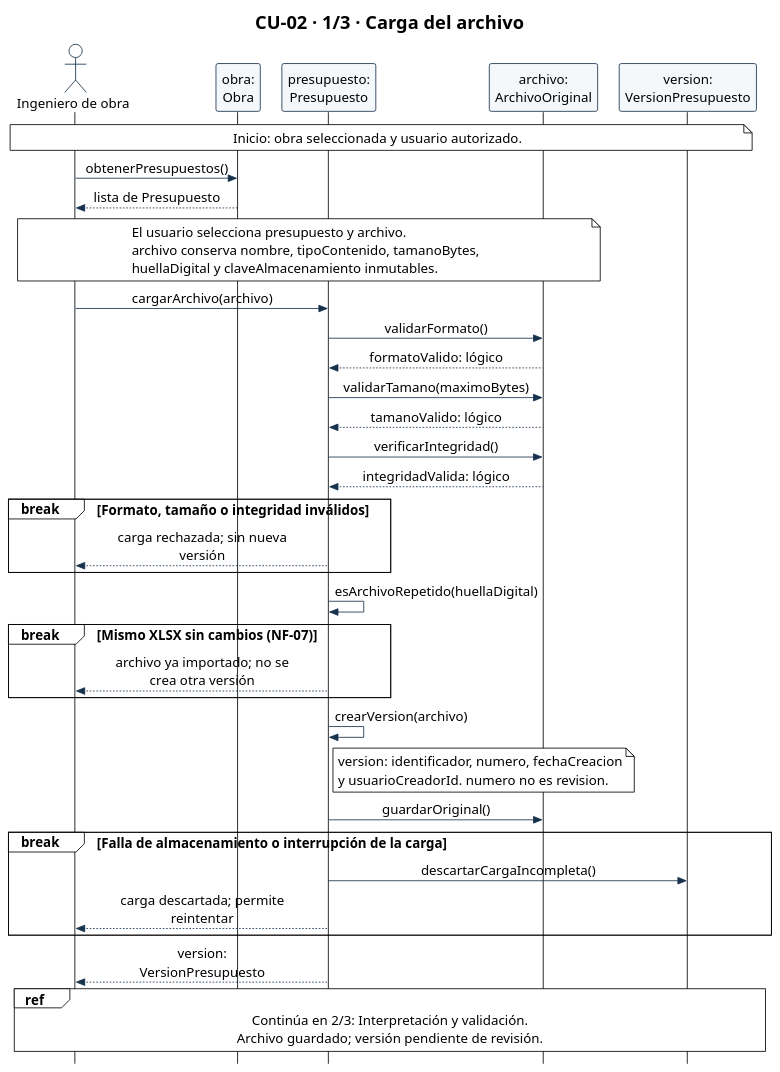
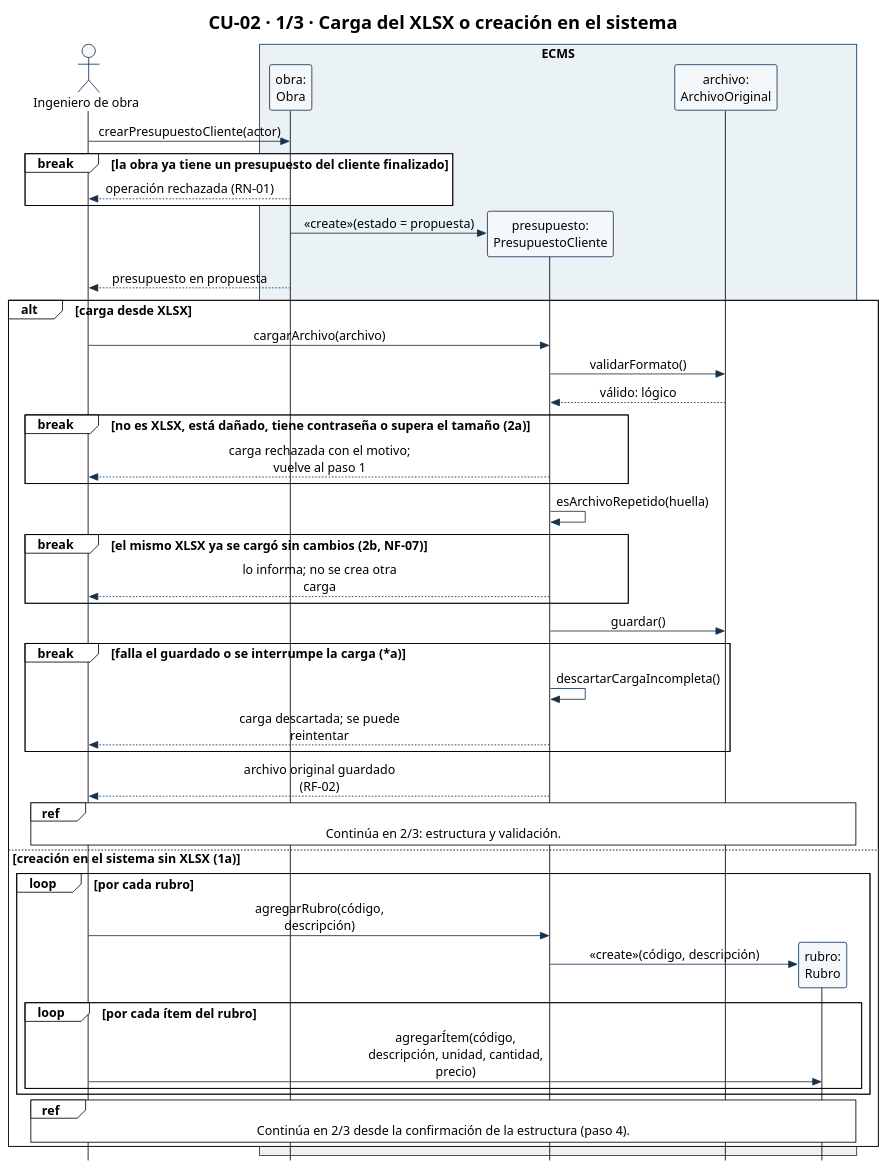
Before and after one commit to Ssrrb/tpf-uca: the diagram in diagramas/CU-02-secuencia-1-carga.puml, drawn with PlantUML. The commit also changed 61 other files, not shown here.

First line of the commit message:
Regenera los diagramas para la v8 del Modelo de Análisis

```diff
--- a/diagramas/CU-02-secuencia-1-carga.puml
+++ b/diagramas/CU-02-secuencia-1-carga.puml
@@ -1,66 +1,72 @@
 @startuml
 !theme plain
 skinparam style strictuml
 skinparam shadowing false
 skinparam defaultFontName Arial
-skinparam defaultFontSize 16
+skinparam defaultFontSize 15
 skinparam sequenceMessageAlign center
-skinparam maxMessageSize 210
+skinparam maxMessageSize 220
 skinparam ParticipantPadding 8
+skinparam BoxPadding 6
 skinparam ParticipantBackgroundColor #F5F8FA
 skinparam ParticipantBorderColor #17324D
 skinparam ActorBorderColor #17324D
+skinparam ActorBackgroundColor #F5F8FA
 skinparam ArrowColor #17324D
+skinparam SequenceBoxBorderColor #17324D
+skinparam note {
+  BackgroundColor #FFFFFF
+  BorderColor #17324D
+}
 hide footbox
-title CU-02 · 1/3 · Carga del archivo
-actor "Ingeniero de obra" as Usuario
+title CU-02 · 1/3 · Carga del XLSX o creación en el sistema
+actor "Ingeniero de obra" as Ing
+box "ECMS" #EAF2F6
 participant "obra:\nObra" as Obra
-participant "presupuesto:\nPresupuesto" as Presupuesto
-participant "archivo:\nArchivoOriginal" as Archivo
-participant "version:\nVersionPresupuesto" as Version
-note over Usuario, Version
-  Inicio: obra seleccionada y usuario autorizado.
-end note
+participant "presupuesto:\nPresupuestoCliente" as Pres
+participant "archivo:\nArchivoOriginal" as Arch
+participant "rubro:\nRubro" as Rubro
+end box
 
-Usuario -> Obra: obtenerPresupuestos()
-Obra --> Usuario: lista de Presupuesto
-note over Usuario, Archivo
-  El usuario selecciona presupuesto y archivo.
-  archivo conserva nombre, tipoContenido, tamanoBytes,
-  huellaDigital y claveAlmacenamiento inmutables.
-end note
-Usuario -> Presupuesto: cargarArchivo(archivo)
-Presupuesto -> Archivo: validarFormato()
-Archivo --> Presupuesto: formatoValido: lógico
-Presupuesto -> Archivo: validarTamano(maximoBytes)
-Archivo --> Presupuesto: tamanoValido: lógico
-Presupuesto -> Archivo: verificarIntegridad()
-Archivo --> Presupuesto: integridadValida: lógico
+Ing -> Obra: crearPresupuestoCliente(actor)
+break la obra ya tiene un presupuesto del cliente finalizado
+  Obra --> Ing: operación rechazada (RN-01)
+end
+create Pres
+Obra -> Pres: «create»(estado = propuesta)
+Obra --> Ing: presupuesto en propuesta
 
-break Formato, tamaño o integridad inválidos
-  Presupuesto --> Usuario: carga rechazada; sin nueva versión
+alt carga desde XLSX
+  Ing -> Pres: cargarArchivo(archivo)
+  Pres -> Arch: validarFormato()
+  Arch --> Pres: válido: lógico
+  break no es XLSX, está dañado, tiene contraseña o supera el tamaño (2a)
+    Pres --> Ing: carga rechazada con el motivo; vuelve al paso 1
+  end
+  Pres -> Pres: esArchivoRepetido(huella)
+  break el mismo XLSX ya se cargó sin cambios (2b, NF-07)
+    Pres --> Ing: lo informa; no se crea otra carga
+  end
+  Pres -> Arch: guardar()
+  break falla el guardado o se interrumpe la carga (*a)
+    Pres -> Pres: descartarCargaIncompleta()
+    Pres --> Ing: carga descartada; se puede reintentar
+  end
+  Pres --> Ing: archivo original guardado (RF-02)
+  ref over Ing, Rubro
+    Continúa en 2/3: estructura y validación.
+  end ref
+else creación en el sistema sin XLSX (1a)
+  loop por cada rubro
+    Ing -> Pres: agregarRubro(código, descripción)
+    create Rubro
+    Pres -> Rubro: «create»(código, descripción)
+    loop por cada ítem del rubro
+      Ing -> Rubro: agregarÍtem(código, descripción, unidad, cantidad, precio)
+    end
+  end
+  ref over Ing, Rubro
+    Continúa en 2/3 desde la confirmación de la estructura (paso 4).
+  end ref
 end
-
-Presupuesto -> Presupuesto: esArchivoRepetido(huellaDigital)
-break Mismo XLSX sin cambios (NF-07)
-  Presupuesto --> Usuario: archivo ya importado; no se crea otra versión
-end
-
-Presupuesto -> Presupuesto: crearVersion(archivo)
-note right of Presupuesto
-  version: identificador, numero, fechaCreacion
-  y usuarioCreadorId. numero no es revision.
-end note
-Presupuesto -> Archivo: guardarOriginal()
-break Falla de almacenamiento o interrupción de la carga
-  Presupuesto -> Version: descartarCargaIncompleta()
-  Presupuesto --> Usuario: carga descartada; permite reintentar
-end
-
-Presupuesto --> Usuario: version: VersionPresupuesto
-ref over Usuario, Version
-  Continúa en 2/3: Interpretación y validación.
-  Archivo guardado; versión pendiente de revisión.
-end ref
-
 @enduml
```
